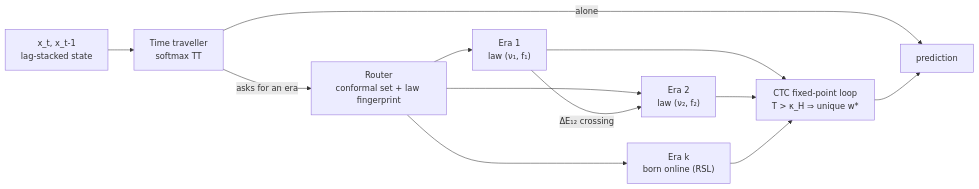
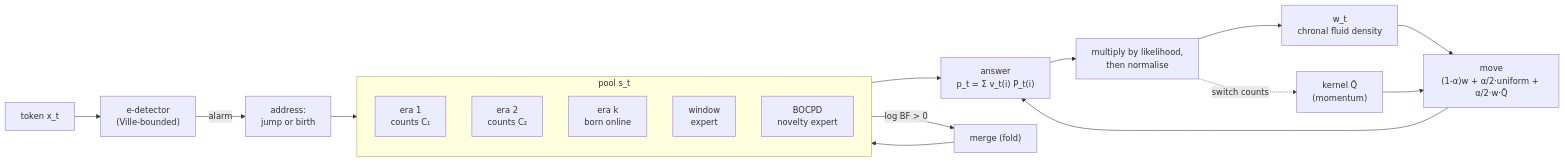
Before and after one commit to teerthsharma/Asmodeus: the diagram in README.md, drawn with Mermaid. The commit also changed other lines of this file, not shown here.

First line of the commit message:
README: the chronal fluid project in full

````diff
--- a/README.md
+++ b/README.md
@@ -76,12 +178,22 @@
 ```mermaid
 flowchart LR
-    X["x_t, x_t-1<br/>lag-stacked state"] --> TT["Time traveller<br/>softmax TT"]
-    TT -- "alone" --> Y["prediction"]
-    TT -- "asks for an era" --> R["Router<br/>conformal set + law fingerprint"]
-    R --> E1["Era 1<br/>law (ν₁, f₁)"]
-    R --> E2["Era 2<br/>law (ν₂, f₂)"]
-    R --> E3["Era k<br/>born online (RSL)"]
-    E1 -- "ΔE₁₂ crossing" --> E2
-    E1 & E2 & E3 --> CTC["CTC fixed-point loop<br/>T > κ_H ⇒ unique w*"]
-    CTC --> Y
+    X["token x_t"] --> D["e-detector<br/>(Ville-bounded)"]
+    subgraph POOL["pool s_t"]
+        E1["era 1<br/>counts C₁"]
+        E2["era 2<br/>counts C₂"]
+        Ek["era k<br/>born online"]
+        W["window<br/>expert"]
+        B["BOCPD<br/>novelty expert"]
+    end
+    WT["w_t<br/>chronal fluid density"] --> MV["move<br/>(1-α)w + α/2·uniform + α/2·w·Q̃"]
+    MV --> ANS["answer<br/>p_t = Σ v_t(i) P_t(i)"]
+    POOL --> ANS
+    ANS --> BAYES["multiply by likelihood,<br/>then normalise"]
+    BAYES --> WT
+    D -- "alarm" --> ADDR["address:<br/>jump or birth"]
+    ADDR --> POOL
+    POOL -- "log BF > 0" --> MERGE["merge (fold)"]
+    MERGE --> POOL
+    BAYES -. "switch counts" .-> Q["kernel Q̃<br/>(momentum)"]
+    Q --> MV
 ```
````
